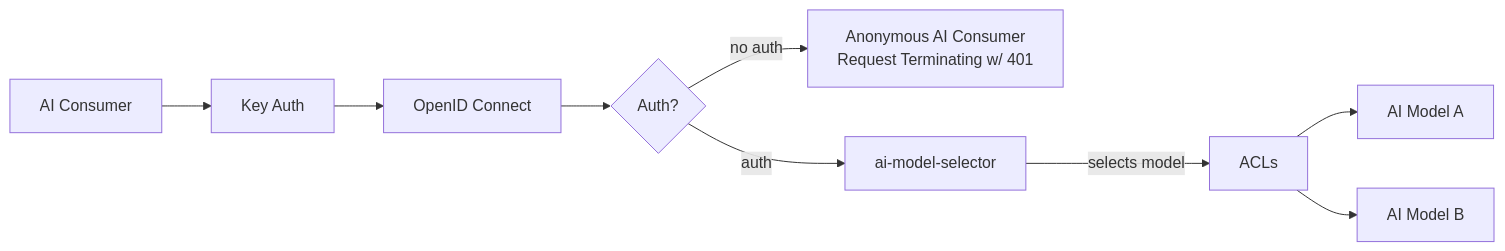
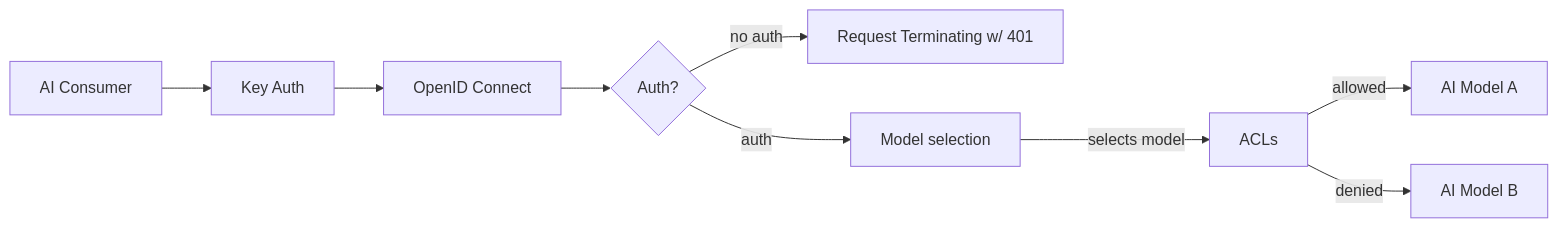
One commit to Kong/developer.konghq.com changed the diagram in app/_ai_gateway_entities/ai-identity-provider.md. Above: the diagram before and after it, drawn with Mermaid. The commit also changed other lines of this file, not shown here.

```diff
--- a/app/_ai_gateway_entities/ai-identity-provider.md
+++ b/app/_ai_gateway_entities/ai-identity-provider.md
@@ -83,21 +82,21 @@
 {% mermaid %}
 flowchart LR
     Client["AI Consumer"]
     KeyAuth["Key Auth"]
     OIDC["OpenID Connect"]
     Decision{Auth?}
-    AnonErr["Anonymous AI Consumer<br/>Request Terminating w/ 401"]
-    ModelSel["ai-model-selector"]
+    AnonErr["Request Terminating w/ 401"]
+    ModelSel["Model selection"]
     ACLs["ACLs"]
     Model1["AI Model A"]
     Model2["AI Model B"]
 
     Client-->KeyAuth
     KeyAuth-->OIDC
     OIDC-->Decision
     Decision-->|no auth|AnonErr
     Decision-->|auth|ModelSel
     ModelSel-->|selects model|ACLs
-    ACLs-->Model1
-    ACLs-->Model2
+    ACLs-->|allowed|Model1
+    ACLs-->|denied|Model2
 {% endmermaid %}
```
